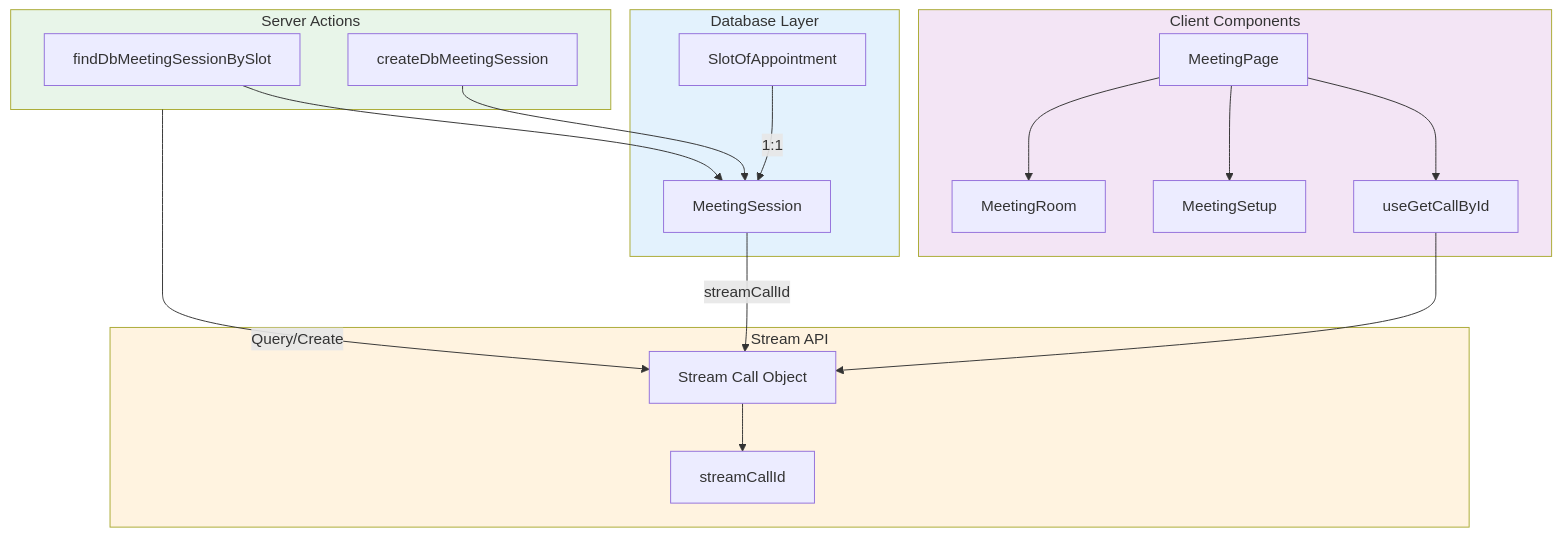
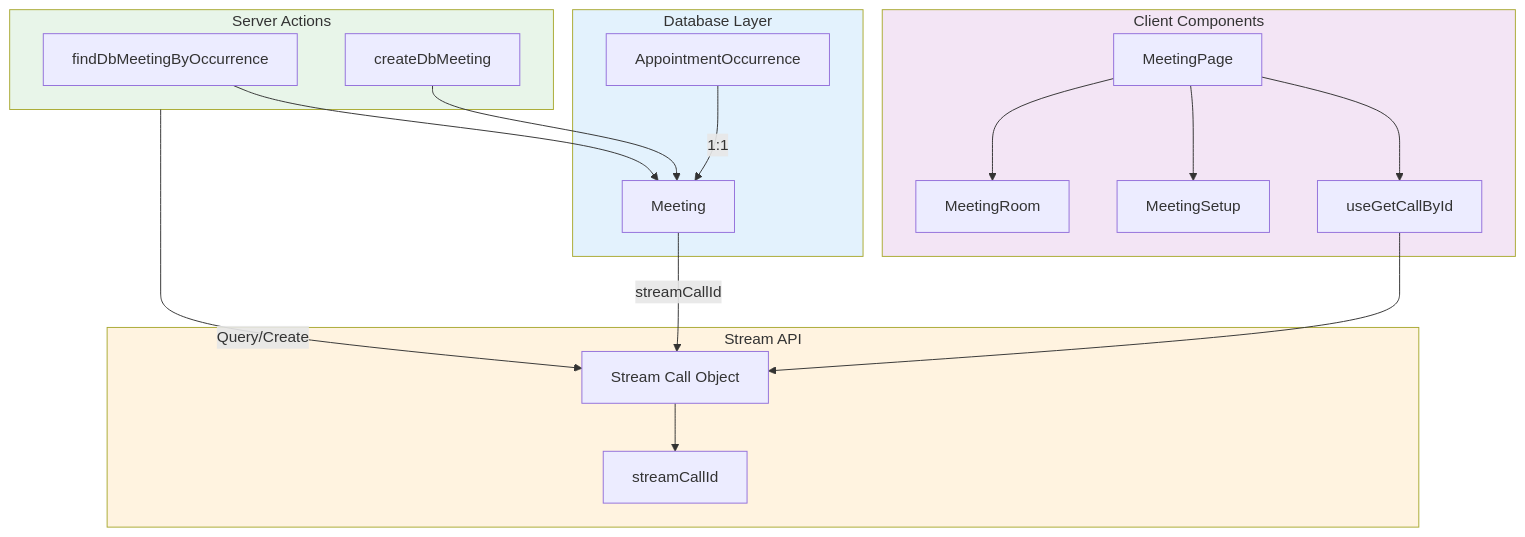
Before and after one commit to Practitionist/familiarise_web: the first of 2 diagrams in docs/stream/05-video-implementation.md, drawn with Mermaid. The commit also changed other lines of this file and 107 other files, not shown here.

Commit message:
docs(vocabulary): the scheduling glossary, booking, feedback, support, stream and review docs speak AppointmentOccurrence, Meeting and Trial (#1554)

````diff
--- a/docs/stream/05-video-implementation.md
+++ b/docs/stream/05-video-implementation.md
@@ -50,41 +50,41 @@
 ```mermaid
 graph TB
     subgraph Database["Database Layer"]
-        Slot[SlotOfAppointment]
-        Meeting[MeetingSession]
+        Slot[AppointmentOccurrence]
+        Meeting[Meeting]
         Slot -->|1:1| Meeting
     end
 
     subgraph Server["Server Actions"]
-        Find[findDbMeetingSessionBySlot]
-        Create[createDbMeetingSession]
+        Find[findDbMeetingByOccurrence]
+        Create[createDbMeeting]
         Find --> Meeting
         Create --> Meeting
     end
 
     subgraph StreamAPI["Stream API"]
         Call[Stream Call Object]
         CallID[streamCallId]
         Call --> CallID
     end
 
     subgraph Client["Client Components"]
         Page[MeetingPage]
         Hook[useGetCallById]
         Setup[MeetingSetup]
         Room[MeetingRoom]
 
         Page --> Hook
         Hook --> Call
         Page --> Setup
         Page --> Room
     end
 
     Meeting -->|streamCallId| Call
     Server -->|Query/Create| Call
 
     style Database fill:#e3f2fd
     style Server fill:#e8f5e9
     style StreamAPI fill:#fff3e0
     style Client fill:#f3e5f5
 ```
````
